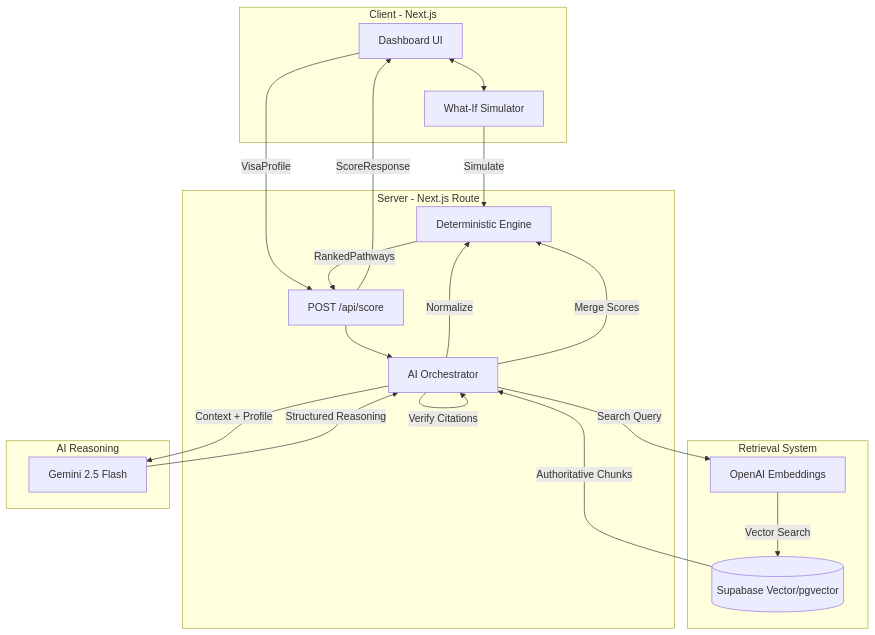
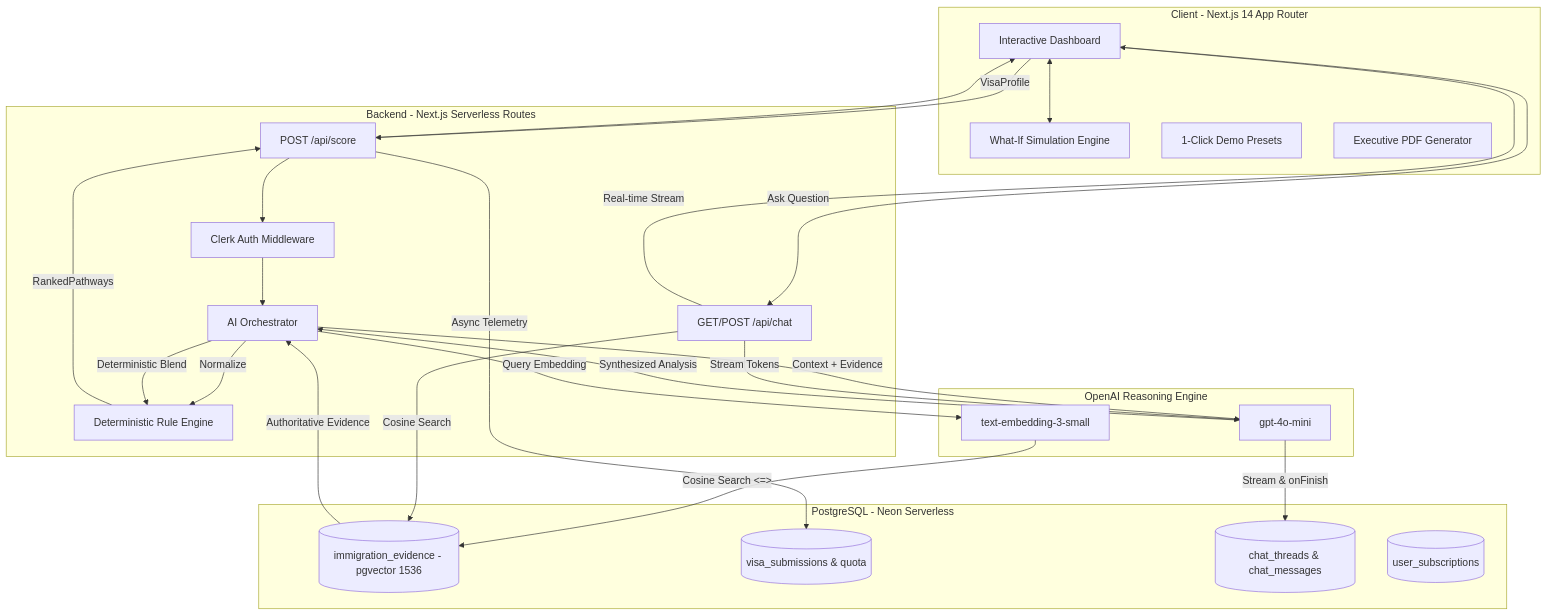
The diagram in README.md (GhulamMustufa/ai-visa-advisor), drawn with Mermaid before and after one commit.

Commit message:
docs: enhance architecture diagram in README with complete data and AI flow

````diff
--- a/README.md
+++ b/README.md
@@ -36,42 +36,53 @@
 ```mermaid
 graph TD
-    subgraph Frontend [Client - Next.js]
-        UI[Dashboard UI]
-        SIM[What-If Simulator]
+    subgraph Client [Client - Next.js 14 App Router]
+        UI[Interactive Dashboard]
+        SIM[What-If Simulation Engine]
+        PRESET[1-Click Demo Presets]
+        PDF[Executive PDF Generator]
         UI <--> SIM
     end
 
-    subgraph Backend [Server - Next.js Route]
-        API[POST /api/score]
+    subgraph Server [Backend - Next.js Serverless Routes]
+        API_SCORE[POST /api/score]
+        API_CHAT[GET/POST /api/chat]
         ORCH[AI Orchestrator]
-        ENG[Deterministic Engine]
+        ENG[Deterministic Rule Engine]
+        AUTH[Clerk Auth Middleware]
     end
 
-    subgraph RAG [Retrieval System]
-        EMB[OpenAI Embeddings]
-        DB[(Supabase Vector/pgvector)]
+    subgraph Data [PostgreSQL - Neon Serverless]
+        VEC[(immigration_evidence - pgvector 1536)]
+        SUBS[(visa_submissions & quota)]
+        CHAT_DB[(chat_threads & chat_messages)]
+        STRIPE_DB[(user_subscriptions)]
     end
 
-    subgraph LLM [AI Reasoning]
-        GEMINI[Gemini 2.5 Flash]
+    subgraph AI [OpenAI Reasoning Engine]
+        LLM[gpt-4o-mini]
+        EMB[text-embedding-3-small]
     end
 
-    UI -->|VisaProfile| API
-    API --> ORCH
+    UI -->|VisaProfile| API_SCORE
+    API_SCORE --> AUTH
+    AUTH --> ORCH
     
     ORCH -->|Normalize| ENG
-    ORCH -->|Search Query| EMB
-    EMB -->|Vector Search| DB
-    DB -->|Authoritative Chunks| ORCH
+    ORCH -->|Query Embedding| EMB
+    EMB -->|Cosine Search <=>| VEC
+    VEC -->|Authoritative Evidence| ORCH
     
-    ORCH -->|Context + Profile| GEMINI
-    GEMINI -->|Structured Reasoning| ORCH
+    ORCH -->|Context + Evidence| LLM
+    LLM -->|Synthesized Analysis| ORCH
+    ORCH -->|Deterministic Blend| ENG
     
-    ORCH -->|Verify Citations| ORCH
-    ORCH -->|Merge Scores| ENG
+    ENG -->|RankedPathways| API_SCORE
+    API_SCORE -->|Async Telemetry| SUBS
+    API_SCORE --> UI
     
-    ENG -->|RankedPathways| API
-    API -->|ScoreResponse| UI
-    
-    SIM -->|Simulate| ENG
+    UI -->|Ask Question| API_CHAT
+    API_CHAT -->|Cosine Search| VEC
+    API_CHAT -->|Stream Tokens| LLM
+    LLM -->|Stream & onFinish| CHAT_DB
+    API_CHAT -->|Real-time Stream| UI
 ```
````
